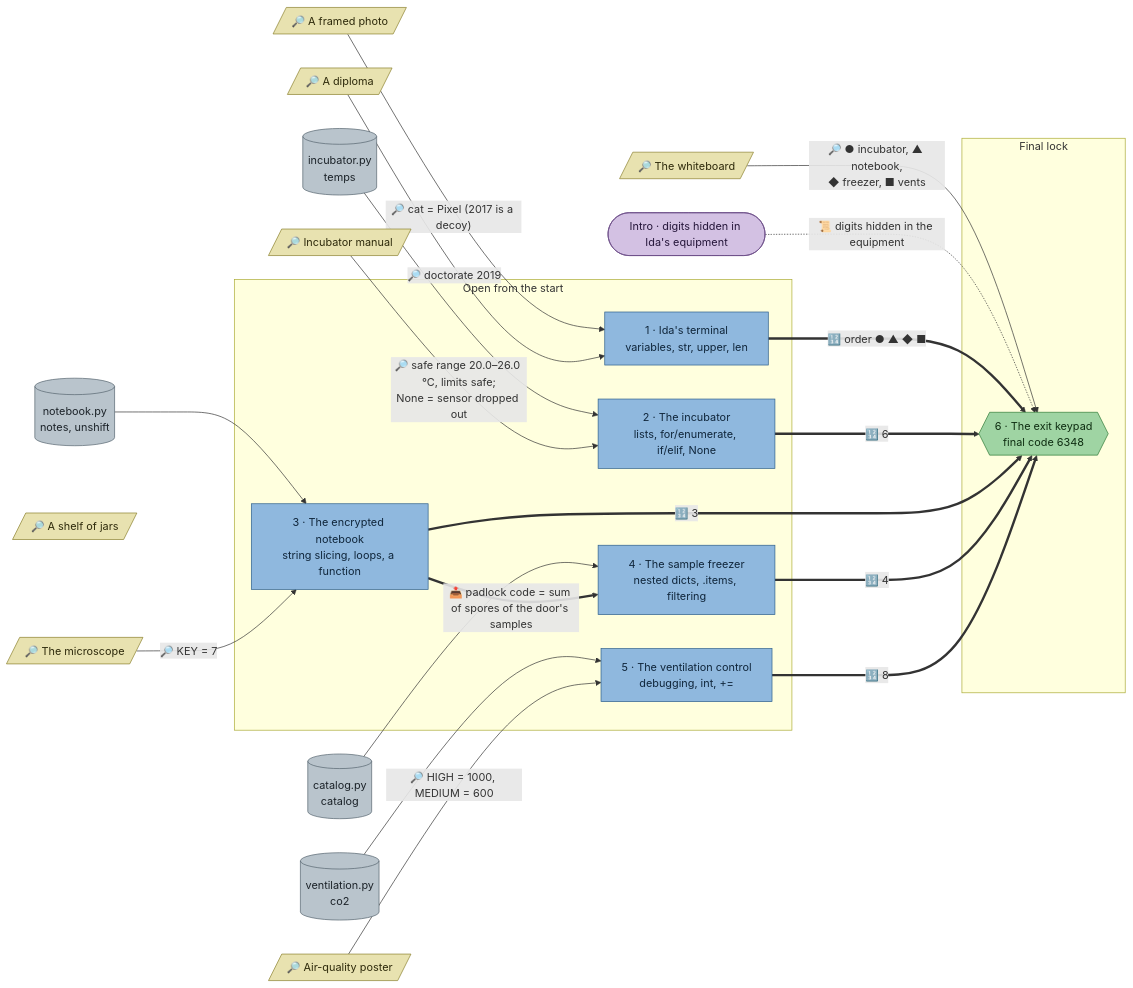
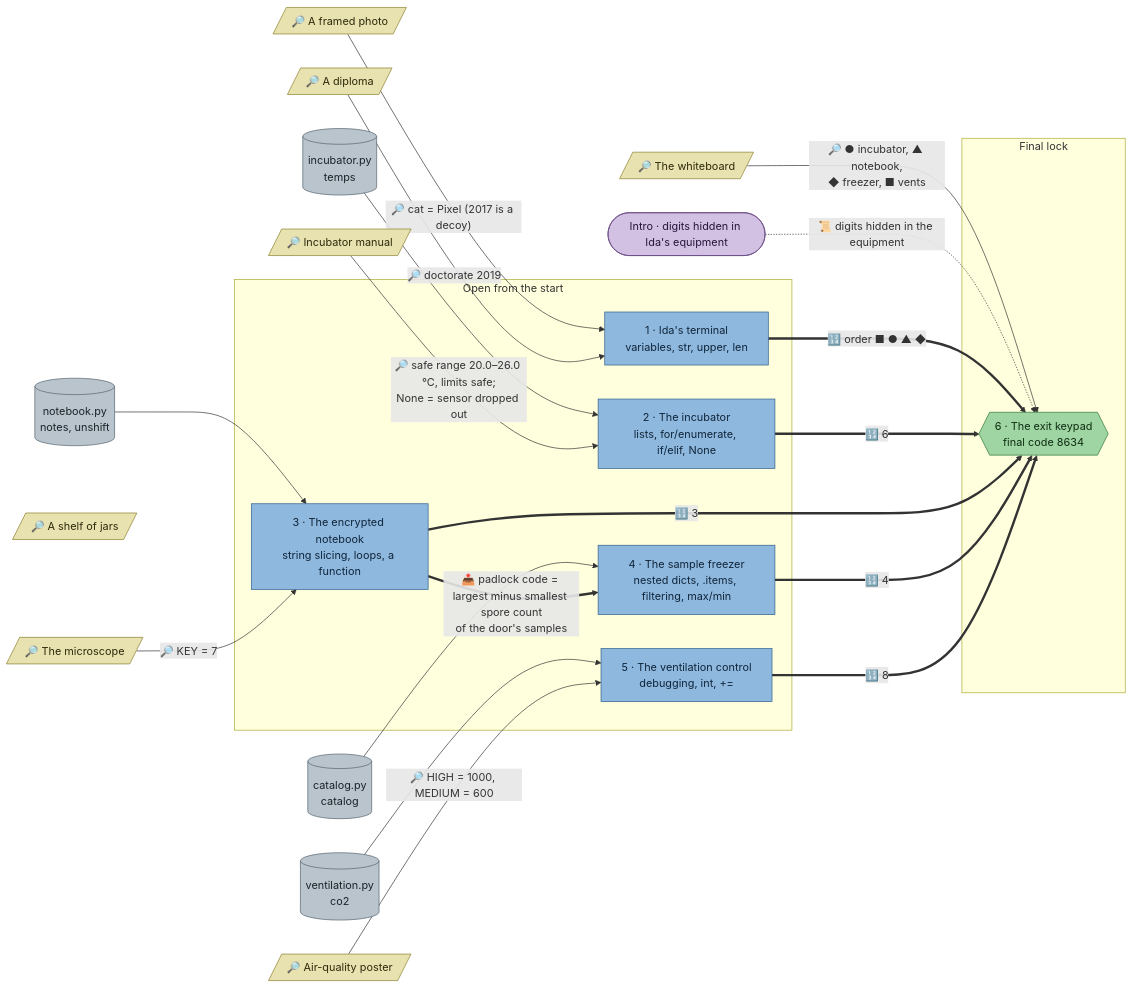
Before and after one commit to mhoffmann-wbs/DataScienceEscapeRooms: the diagram in docs/flows/python-lab.md, drawn with Mermaid. The commit also changed other lines of this file and 6 other files, not shown here.

````diff
--- a/docs/flows/python-lab.md
+++ b/docs/flows/python-lab.md
@@ -5,62 +5,62 @@
 ```mermaid
 flowchart LR
   intro(["Intro · digits hidden in Ida's equipment"])
 
   photo[/"🔎 A framed photo"/]
   diploma[/"🔎 A diploma"/]
   manual[/"🔎 Incubator manual"/]
   microscope[/"🔎 The microscope"/]
   poster[/"🔎 Air-quality poster"/]
   whiteboard[/"🔎 The whiteboard"/]
   jars[/"🔎 A shelf of jars"/]
 
   d_incubator[("incubator.py<br/>temps")]
   d_notebook[("notebook.py<br/>notes, unshift")]
   d_freezer[("catalog.py<br/>catalog")]
   d_ventilation[("ventilation.py<br/>co2")]
 
   subgraph p1["Open from the start"]
     terminal["1 · Ida's terminal<br/>variables, str, upper, len"]
     incubator["2 · The incubator<br/>lists, for/enumerate, if/elif, None"]
     notebook["3 · The encrypted notebook<br/>string slicing, loops, a function"]
-    freezer["4 · The sample freezer<br/>nested dicts, .items, filtering"]
+    freezer["4 · The sample freezer<br/>nested dicts, .items, filtering, max/min"]
     ventilation["5 · The ventilation control<br/>debugging, int, +="]
   end
 
   subgraph p2["Final lock"]
-    exit{{"6 · The exit keypad<br/>final code 6348"}}
+    exit{{"6 · The exit keypad<br/>final code 8634"}}
   end
 
   d_incubator --> incubator
   d_notebook --> notebook
   d_freezer --> freezer
   d_ventilation --> ventilation
 
   photo -->|"🔎 cat = Pixel (2017 is a decoy)"| terminal
   diploma -->|"🔎 doctorate 2019"| terminal
   manual -->|"🔎 safe range 20.0–26.0 °C, limits safe;<br/>None = sensor dropped out"| incubator
   microscope -->|"🔎 KEY = 7"| notebook
   poster -->|"🔎 HIGH = 1000, MEDIUM = 600"| ventilation
   whiteboard -->|"🔎 ● incubator, ▲ notebook,<br/>◆ freezer, ■ vents"| exit
   intro -.->|"📜 digits hidden in the equipment"| exit
 
-  notebook ==>|"📤 padlock code = sum of spores of the door's samples"| freezer
+  notebook ==>|"📤 padlock code = largest minus smallest spore count<br/>of the door's samples"| freezer
 
-  terminal ==>|"🔢 order ● ▲ ◆ ■"| exit
+  terminal ==>|"🔢 order ■ ● ▲ ◆"| exit
   incubator ==>|"🔢 6"| exit
   notebook ==>|"🔢 3"| exit
   freezer ==>|"🔢 4"| exit
   ventilation ==>|"🔢 8"| exit
 
   classDef station fill:#8fb8de,stroke:#2b5d8a,color:#10263b
   classDef locked fill:#e0b36a,stroke:#8a5a12,color:#3a2504
   classDef clue fill:#e8e2b0,stroke:#8a7f2b,color:#2e2a0b
   classDef data fill:#b9c4cc,stroke:#55636e,color:#1c2329
   classDef final fill:#9fd4a3,stroke:#2f7a36,color:#0f2e12
   classDef intro fill:#d3c1e3,stroke:#6a4c86,color:#25163a
   class terminal,incubator,notebook,freezer,ventilation station
   class photo,diploma,manual,microscope,poster,whiteboard,jars clue
   class d_incubator,d_notebook,d_freezer,d_ventilation data
   class exit final
   class intro intro
 ```
````
